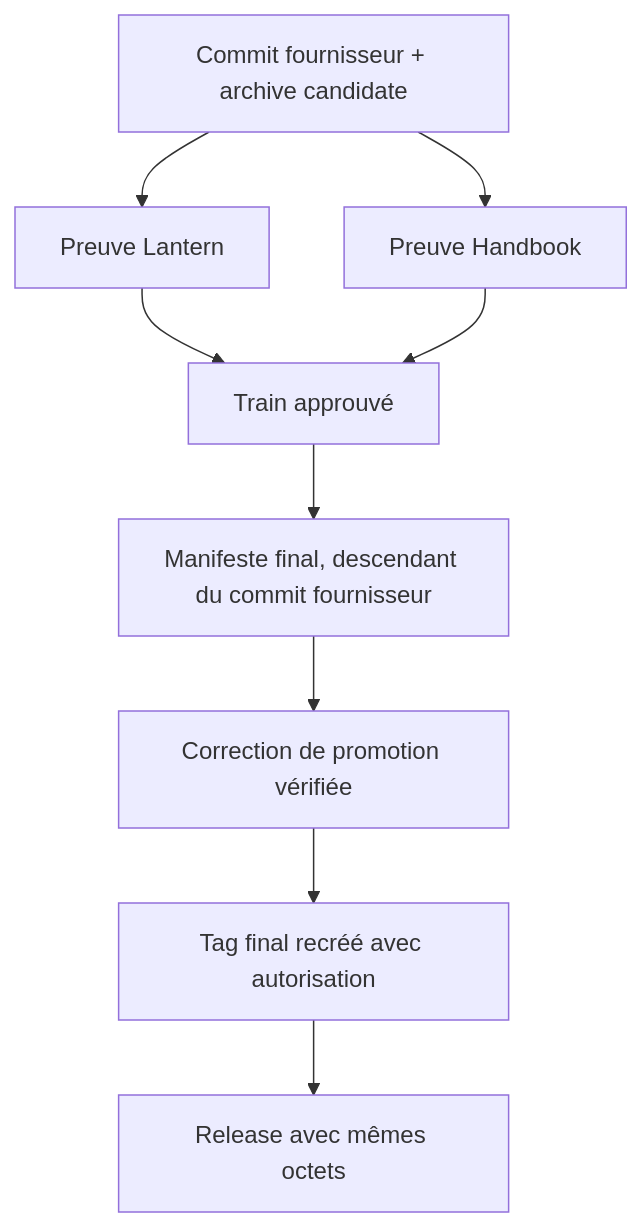
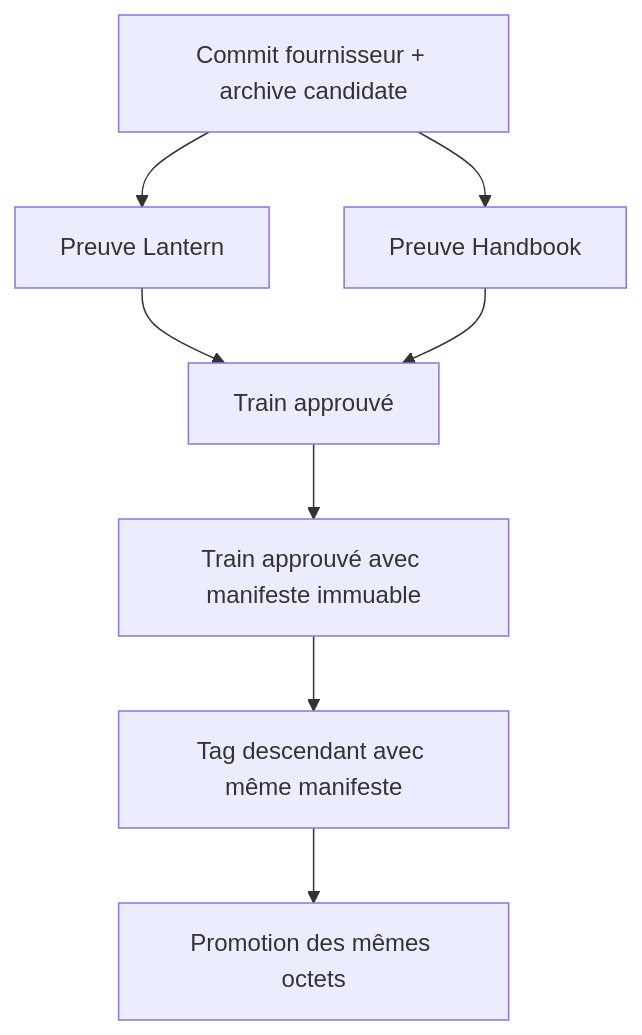
The first of 2 diagrams in aidd_docs/tasks/2026_09/2026_09_23_open-issues-remediation/phase-3.md (RebelliousSmile/schema-adrenaline), drawn with Mermaid before and after one commit. The commit also changed other lines of this file and 1 other file, not shown here.

Commit message:
fix(release): accept matching ancestor train [skip ci]

````diff
--- a/aidd_docs/tasks/2026_09/2026_09_23_open-issues-remediation/phase-3.md
+++ b/aidd_docs/tasks/2026_09/2026_09_23_open-issues-remediation/phase-3.md
@@ -22,11 +22,10 @@
 ```mermaid
 flowchart TD
   A[Commit fournisseur + archive candidate] --> B[Preuve Lantern]
   A --> C[Preuve Handbook]
   B --> D[Train approuvé]
   C --> D
-  D --> E[Manifeste final, descendant du commit fournisseur]
-  E --> F[Correction de promotion vérifiée]
-  F --> G[Tag final recréé avec autorisation]
-  G --> H[Release avec mêmes octets]
+  D --> E[Train approuvé avec manifeste immuable]
+  E --> F[Tag descendant avec même manifeste]
+  F --> G[Promotion des mêmes octets]
 ```
````
